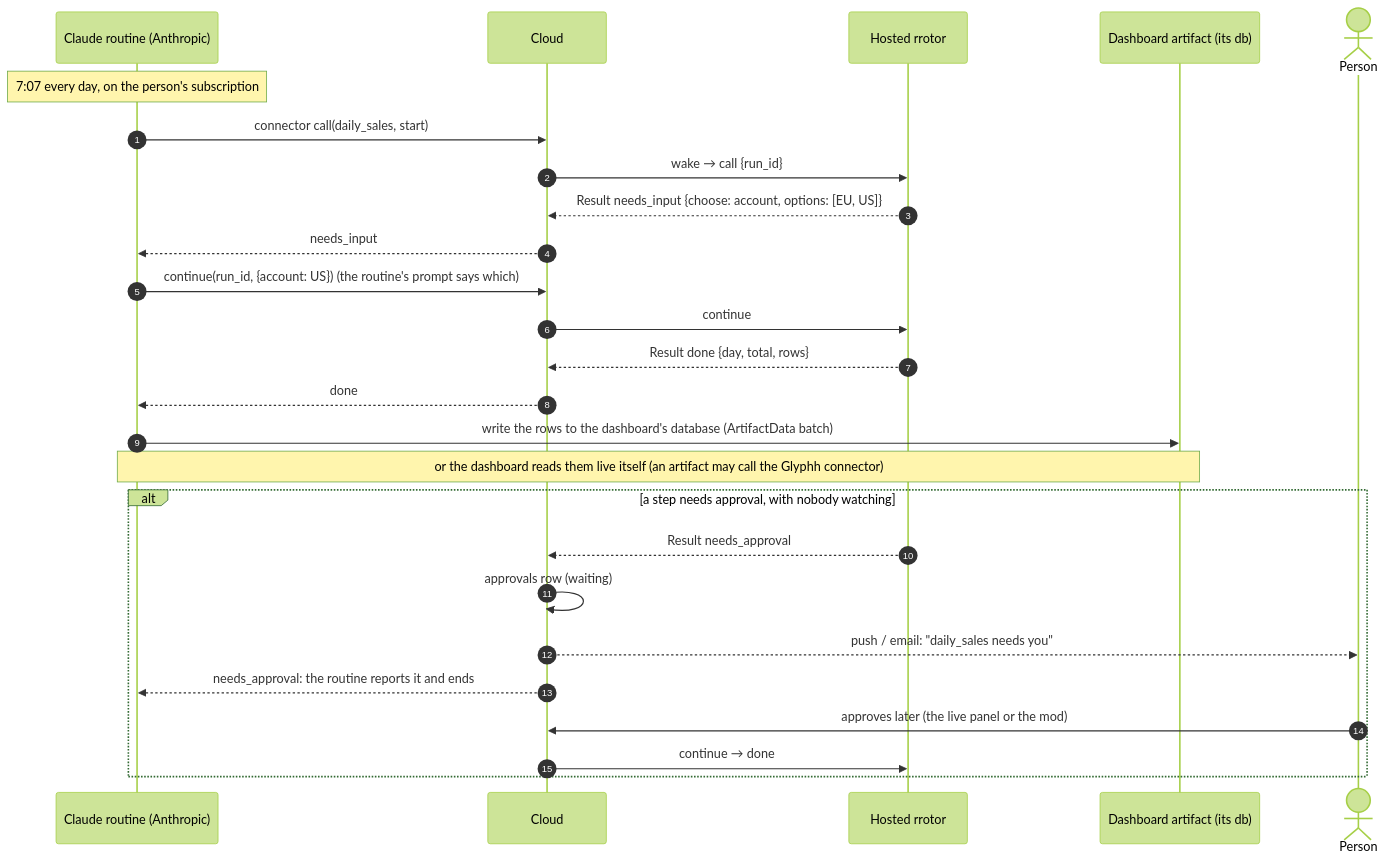
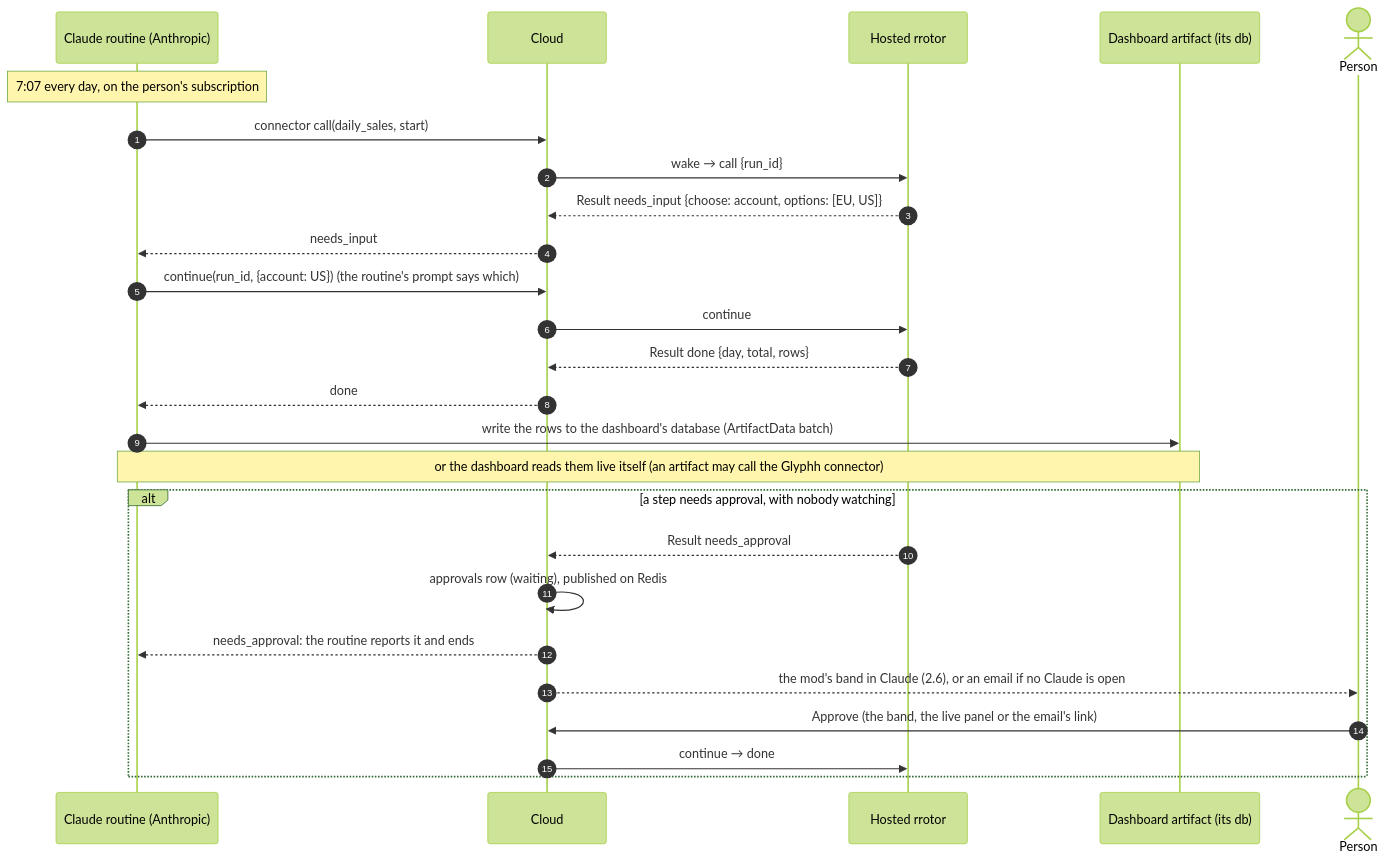
The ninth of 13 diagrams in docs/architecture.md (glyphh-ai/rrotor), drawn with Mermaid (forest theme) before and after one commit. The commit also changed other lines of this file and 2 other files, not shown here.

Commit message:
Architecture: approvals shown in Claude (Postgres row, Redis pub/sub on the server's Fly machine, the mod's band), email when no Claude is open

````diff
--- a/docs/architecture.md
+++ b/docs/architecture.md
@@ -317,28 +317,28 @@
 ```mermaid
 sequenceDiagram
     autonumber
     participant A as Claude routine (Anthropic)
     participant G as Cloud
     participant H as Hosted rrotor
     participant D as Dashboard artifact (its db)
     actor P as Person
     Note over A: 7:07 every day, on the person's subscription
     A->>G: connector call(daily_sales, start)
     G->>H: wake → call {run_id}
     H-->>G: Result needs_input {choose: account, options: [EU, US]}
     G-->>A: needs_input
     A->>G: continue(run_id, {account: US}) (the routine's prompt says which)
     G->>H: continue
     H-->>G: Result done {day, total, rows}
     G-->>A: done
     A->>D: write the rows to the dashboard's database (ArtifactData batch)
     Note over A,D: or the dashboard reads them live itself (an artifact may call the Glyphh connector)
     alt a step needs approval, with nobody watching
         H-->>G: Result needs_approval
-        G->>G: approvals row (waiting)
-        G-->>P: push / email: "daily_sales needs you"
+        G->>G: approvals row (waiting), published on Redis
         G-->>A: needs_approval: the routine reports it and ends
-        P->>G: approves later (the live panel or the mod)
+        G-->>P: the mod's band in Claude (2.6), or an email if no Claude is open
+        P->>G: Approve (the band, the live panel or the email's link)
         G->>H: continue → done
     end
 ```
````
